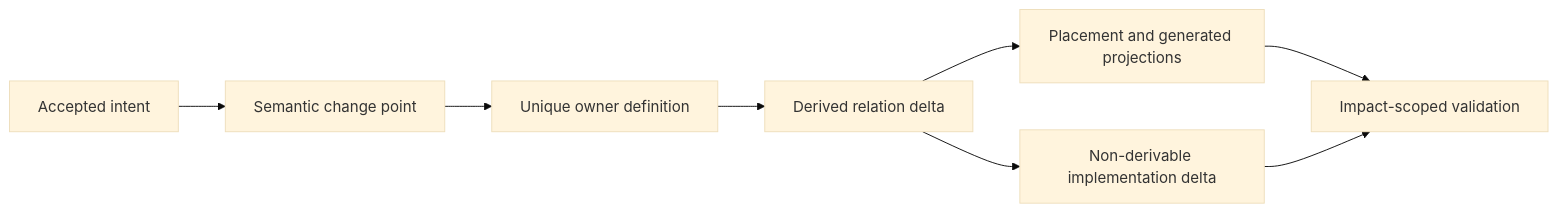
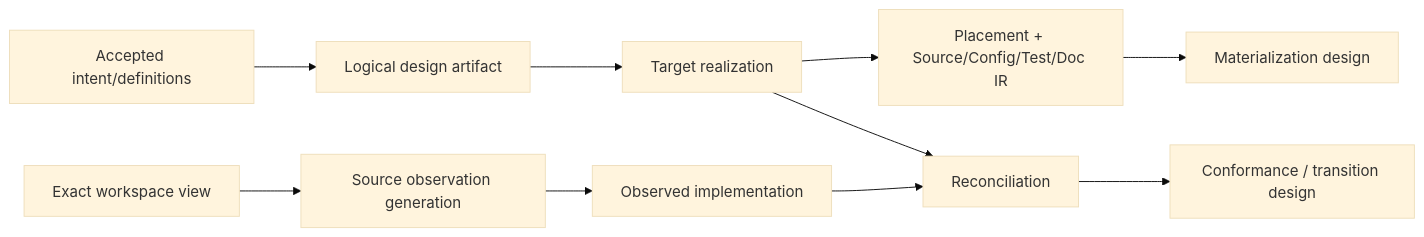
One commit to sec-platform/sec changed the diagram in docs/implementation-architecture/source-and-generation.md. Above: the diagram before and after it, drawn with Mermaid (base theme). The commit also changed other lines of this file and 37 other files, not shown here.

````diff
--- a/docs/implementation-architecture/source-and-generation.md
+++ b/docs/implementation-architecture/source-and-generation.md
@@ -118,10 +17,12 @@
 ```mermaid
 flowchart LR
-  I[Accepted intent] --> S[Semantic change point]
-  S --> O[Unique owner definition]
-  O --> D[Derived relation delta]
-  D --> P[Placement and generated projections]
-  D --> M[Non-derivable implementation delta]
-  P --> V[Impact-scoped validation]
-  M --> V
+  I[Accepted intent/definitions] --> L[Logical design artifact]
+  L --> T[Target realization]
+  T --> P[Placement + Source/Config/Test/Doc IR]
+  P --> M[Materialization design]
+  W[Exact workspace view] --> S[Source observation generation]
+  S --> O[Observed implementation]
+  T --> R[Reconciliation]
+  O --> R
+  R --> C[Conformance / transition design]
 ```
````
